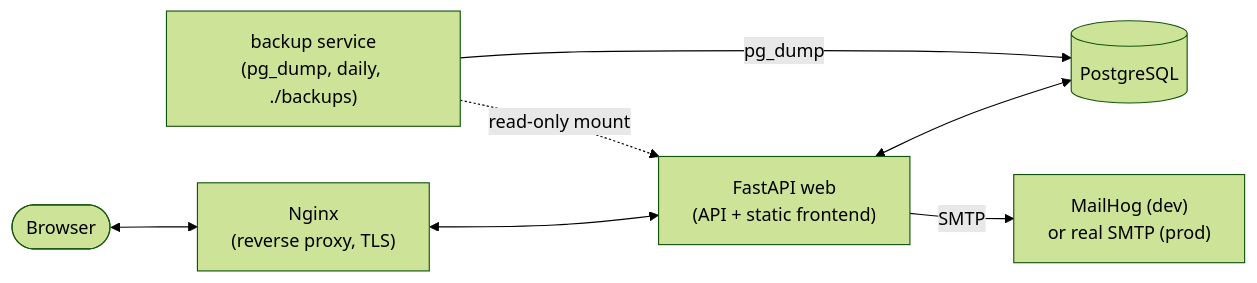
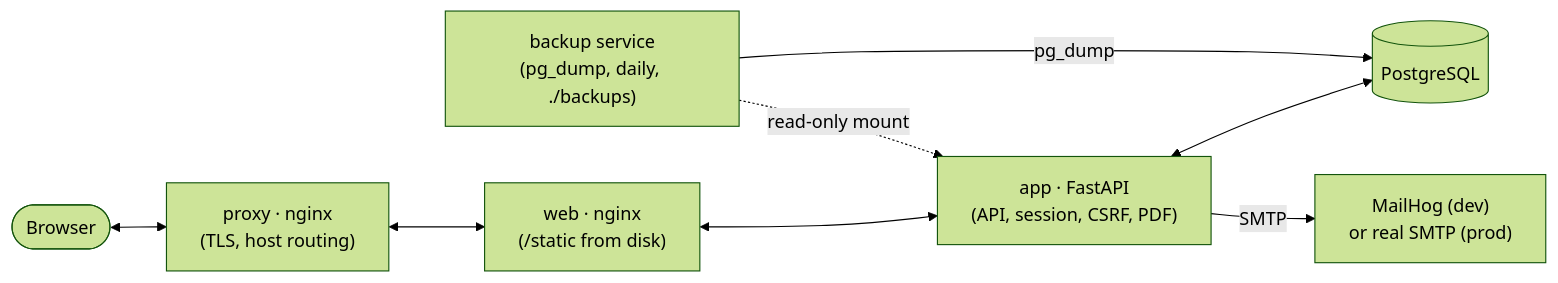
One commit to slxt47/billing-web changed the first of 6 diagrams in Technical_documentation.md. Above: the diagram before and after it, drawn with Mermaid (forest theme). The commit also changed other lines of this file and 3 other files, not shown here.

````diff
--- a/Technical_documentation.md
+++ b/Technical_documentation.md
@@ -29,15 +36,16 @@
 ```mermaid
 flowchart LR
     Client(["Browser"])
-    Nginx["Nginx<br/>(reverse proxy, TLS)"]
-    Web["FastAPI web<br/>(API + static frontend)"]
+    Proxy["proxy · nginx<br/>(TLS, host routing)"]
+    Web["web · nginx<br/>(/static from disk)"]
+    App["app · FastAPI<br/>(API, session, CSRF, PDF)"]
     DB[("PostgreSQL")]
     Mail["MailHog (dev)<br/>or real SMTP (prod)"]
     Backup["backup service<br/>(pg_dump, daily, ./backups)"]
 
-    Client <--> Nginx <--> Web
-    Web <--> DB
-    Web -- SMTP --> Mail
+    Client <--> Proxy <--> Web <--> App
+    App <--> DB
+    App -- SMTP --> Mail
     Backup -- pg_dump --> DB
-    Backup -. read-only mount .-> Web
+    Backup -. read-only mount .-> App
 ```
````
